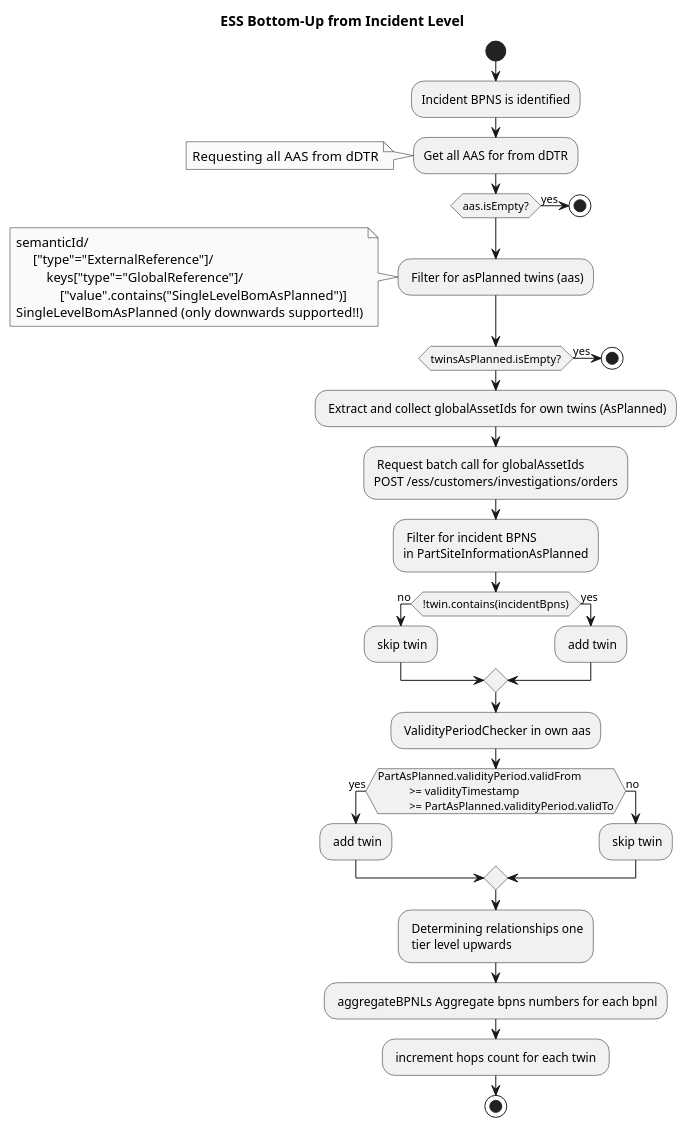
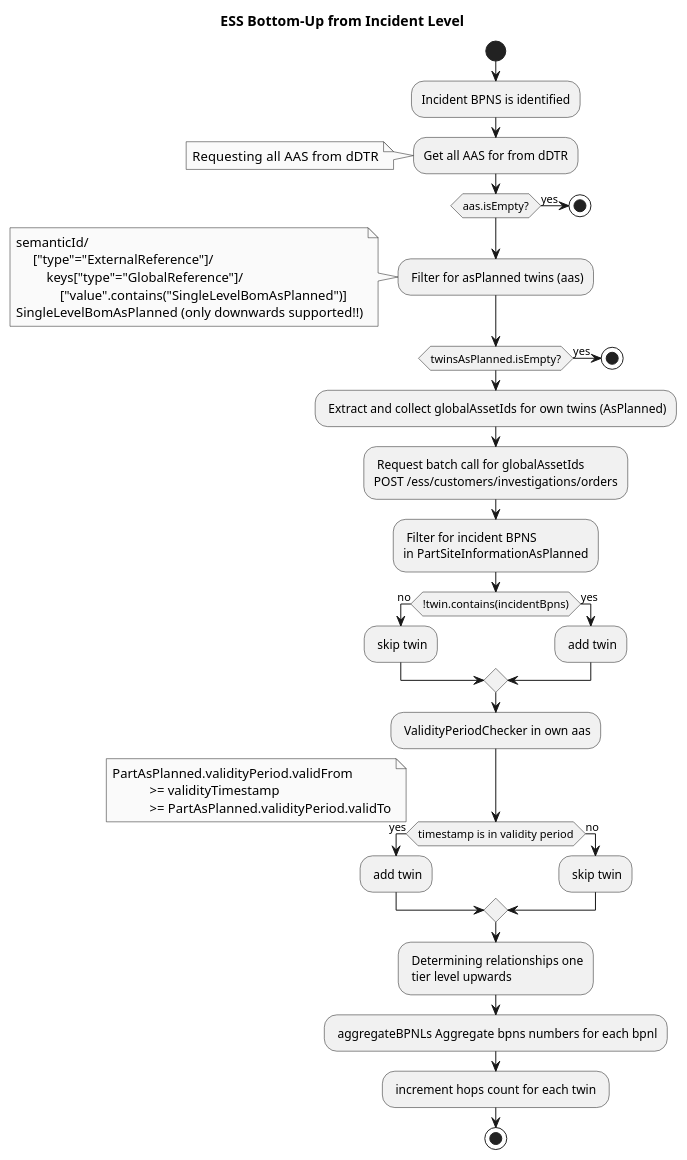
One commit to eclipse-tractusx/item-relationship-service changed the diagram in docs/src/uml-diagrams/irs-recursive/ess-bottom-up/activity/1_incident_scenario_ess-bottom_up-activity.puml. Above: the diagram before and after it, drawn with PlantUML.

Commit message:
fix(uml):[TR-1417] reduce complexity of expression

```diff
--- a/docs/src/uml-diagrams/irs-recursive/ess-bottom-up/activity/1_incident_scenario_ess-bottom_up-activity.puml
+++ b/docs/src/uml-diagrams/irs-recursive/ess-bottom-up/activity/1_incident_scenario_ess-bottom_up-activity.puml
@@ -1,61 +1,64 @@
 @startuml
 skinparam monochrome true
 skinparam shadowing false
 skinparam defaultFontName "Architects daughter"
 title "ESS Bottom-Up from Incident Level"
 
 
 | OEM  - IRS Incident Tier Level |
 start
 :Incident BPNS is identified;
 :Get all AAS for from dDTR;
 note left
    Requesting all AAS  from dDTR
 end note
 if(aas.isEmpty?) then (yes)
     stop
 endif
 
 : Filter for asPlanned twins (aas);
 note left
                semanticId/
                     ["type"="ExternalReference"]/
                         keys["type"="GlobalReference"]/
                             ["value".contains("SingleLevelBomAsPlanned")]
                SingleLevelBomAsPlanned (only downwards supported!!)
 end note
 if(twinsAsPlanned.isEmpty?) then (yes)
     stop
 endif
 
 : Extract and collect globalAssetIds for own twins (AsPlanned);
 : Request batch call for globalAssetIds
 POST /ess/customers/investigations/orders;
 
 : Filter for incident BPNS
 in PartSiteInformationAsPlanned;
 
 if(!twin.contains(incidentBpns)) then (no)
     : skip twin;
 else (yes)
     : add twin;
 endif
 
 : ValidityPeriodChecker in own aas;
-if(PartAsPlanned.validityPeriod.validFrom
-           >= validityTimestamp
-           >= PartAsPlanned.validityPeriod.validTo) then (yes)
+if(timestamp is in validity period) then (yes)
+note left
+    PartAsPlanned.validityPeriod.validFrom
+               >= validityTimestamp
+               >= PartAsPlanned.validityPeriod.validTo
+end note
     : add twin;
 else (no)
     : skip twin;
 endif
 
 
 : Determining relationships one
  tier level upwards;
 
 : aggregateBPNLs Aggregate bpns numbers for each bpnl;
 : increment hops count for each twin ;
 stop
 
 @enduml
```
